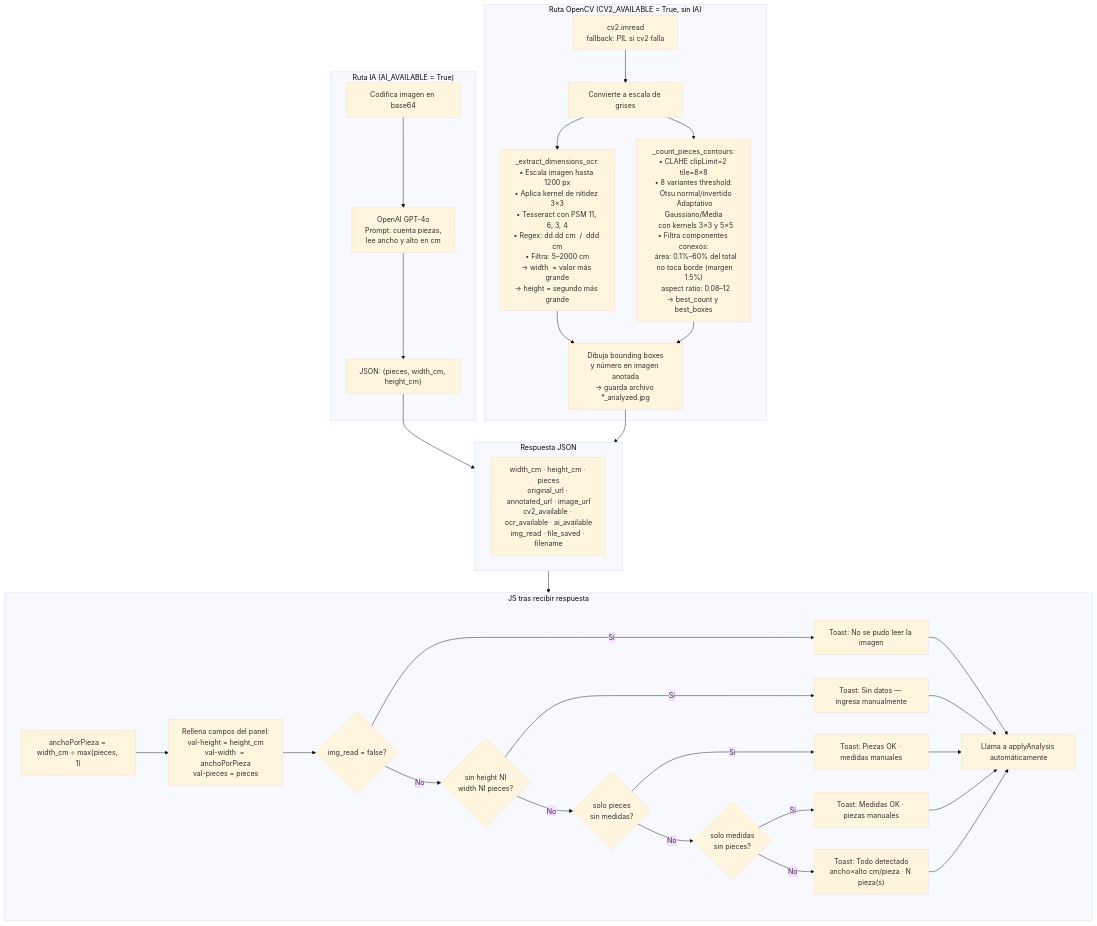
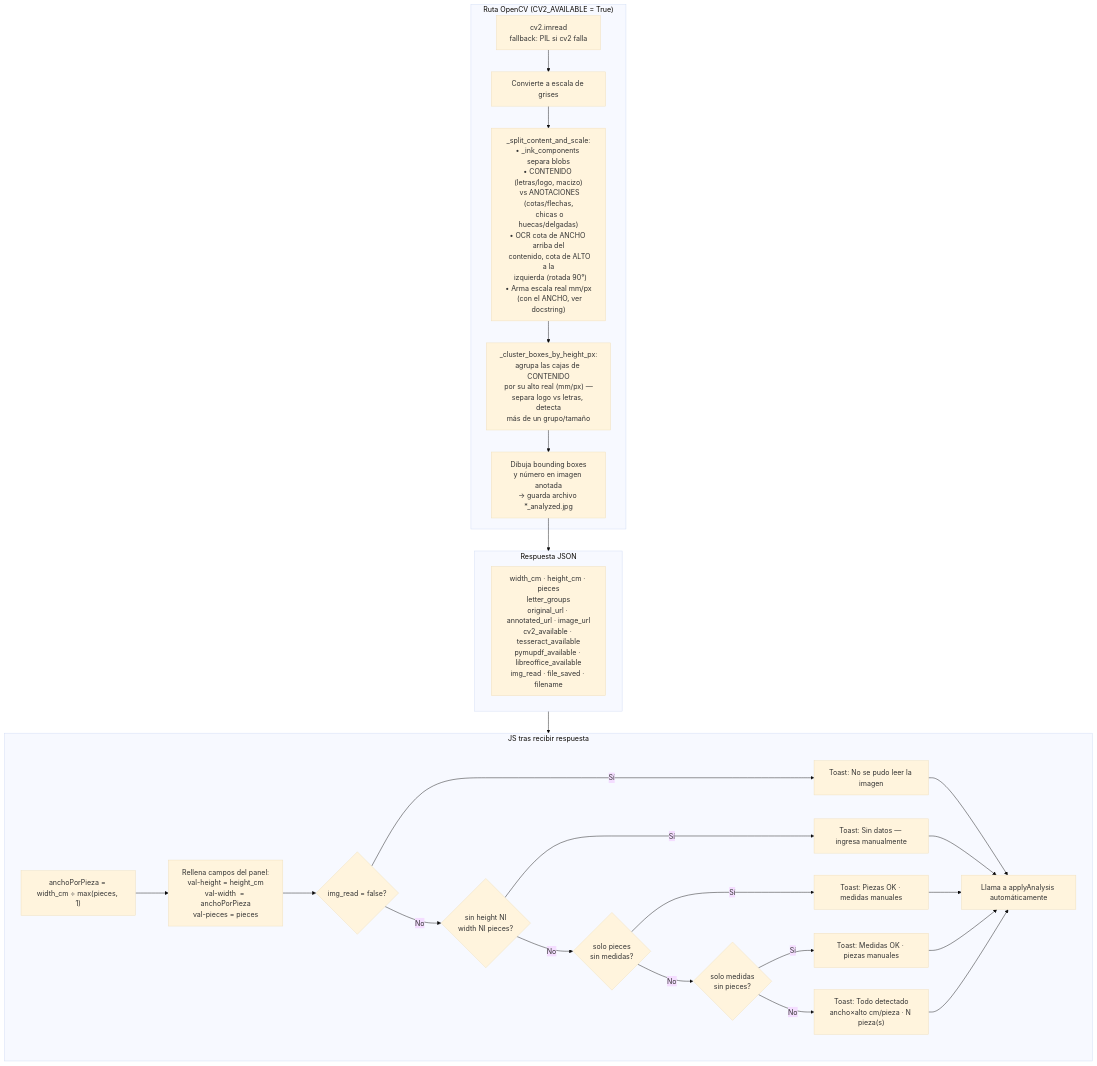
One commit to sistemas3-boop/Calculadora changed the second of 6 diagrams in DIAGRAMA.md. Above: the diagram before and after it, drawn with Mermaid (base theme). The commit also changed other lines of this file and 23 other files, not shown here.

````diff
--- a/DIAGRAMA.md
+++ b/DIAGRAMA.md
@@ -64,60 +59,48 @@
 ```mermaid
 flowchart TD
-    subgraph IA ["Ruta IA  (AI_AVAILABLE = True)"]
-        A1["Codifica imagen en base64"]
-        A2["OpenAI GPT-4o\nPrompt: cuenta piezas,\nlee ancho y alto en cm"]
-        A3["JSON: {pieces, width_cm, height_cm}"]
-        A1 --> A2 --> A3
-    end
-
-    subgraph CV2P ["Ruta OpenCV  (CV2_AVAILABLE = True, sin IA)"]
+    subgraph CV2P ["Ruta OpenCV  (CV2_AVAILABLE = True)"]
         B1["cv2.imread\nfallback: PIL si cv2 falla"]
         B2["Convierte a escala de grises"]
-        B3["_extract_dimensions_ocr:\n• Escala imagen hasta 1200 px\n• Aplica kernel de nitidez 3×3\n• Tesseract con PSM 11, 6, 3, 4\n• Regex: dd.dd cm  /  ddd cm\n• Filtra: 5–2000 cm\n→ width  = valor más grande\n→ height = segundo más grande"]
-        B4["_count_pieces_contours:\n• CLAHE clipLimit=2 tile=8×8\n• 8 variantes threshold:\n  Otsu normal/invertido\n  Adaptativo Gaussiano/Media\n  con kernels 3×3 y 5×5\n• Filtra componentes conexos:\n  área: 0.1%–60% del total\n  no toca borde (margen 1.5%)\n  aspect ratio: 0.08–12\n→ best_count y best_boxes"]
+        B3["_split_content_and_scale:\n• _ink_components separa blobs\n• CONTENIDO (letras/logo, macizo)\n  vs ANOTACIONES (cotas/flechas,\n  chicas o huecas/delgadas)\n• OCR cota de ANCHO arriba del\n  contenido, cota de ALTO a la\n  izquierda (rotada 90°)\n• Arma escala real mm/px\n  (con el ANCHO, ver docstring)"]
+        B4["_cluster_boxes_by_height_px:\nagrupa las cajas de CONTENIDO\npor su alto real (mm/px) —\nsepara logo vs letras, detecta\nmás de un grupo/tamaño"]
         B5["Dibuja bounding boxes\ny número en imagen anotada\n→ guarda archivo *_analyzed.jpg"]
-        B1 --> B2
-        B2 --> B3
-        B2 --> B4
-        B3 --> B5
-        B4 --> B5
+        B1 --> B2 --> B3 --> B4 --> B5
     end
 
     subgraph RESP ["Respuesta JSON"]
-        C1["width_cm · height_cm · pieces\noriginal_url · annotated_url · image_url\ncv2_available · ocr_available · ai_available\nimg_read · file_saved · filename"]
+        C1["width_cm · height_cm · pieces\nletter_groups\noriginal_url · annotated_url · image_url\ncv2_available · tesseract_available\npymupdf_available · libreoffice_available\nimg_read · file_saved · filename"]
     end
 
-    A3 --> RESP
     B5 --> RESP
 
     subgraph JS_POST ["JS tras recibir respuesta"]
         D1["anchoPorPieza = width_cm ÷ max(pieces, 1)"]
         D2["Rellena campos del panel:\nval-height = height_cm\nval-width  = anchoPorPieza\nval-pieces = pieces"]
         D3{"img_read = false?"}
         D4["Toast: No se pudo leer la imagen"]
         D5{"sin height NI\nwidth NI pieces?"}
         D6["Toast: Sin datos — ingresa manualmente"]
         D7{"solo pieces\nsin medidas?"}
         D8["Toast: Piezas OK · medidas manuales"]
         D9{"solo medidas\nsin pieces?"}
         D10["Toast: Medidas OK · piezas manuales"]
         D11["Toast: Todo detectado\nancho×alto cm/pieza · N pieza(s)"]
         D12["Llama a applyAnalysis automáticamente"]
         D1 --> D2 --> D3
         D3 -- Sí --> D4
         D3 -- No --> D5
         D5 -- Sí --> D6
         D5 -- No --> D7
         D7 -- Sí --> D8
         D7 -- No --> D9
         D9 -- Sí --> D10
         D9 -- No --> D11
         D4 --> D12
         D6 --> D12
         D8 --> D12
         D10 --> D12
         D11 --> D12
     end
 
     RESP --> JS_POST
 ```
````
